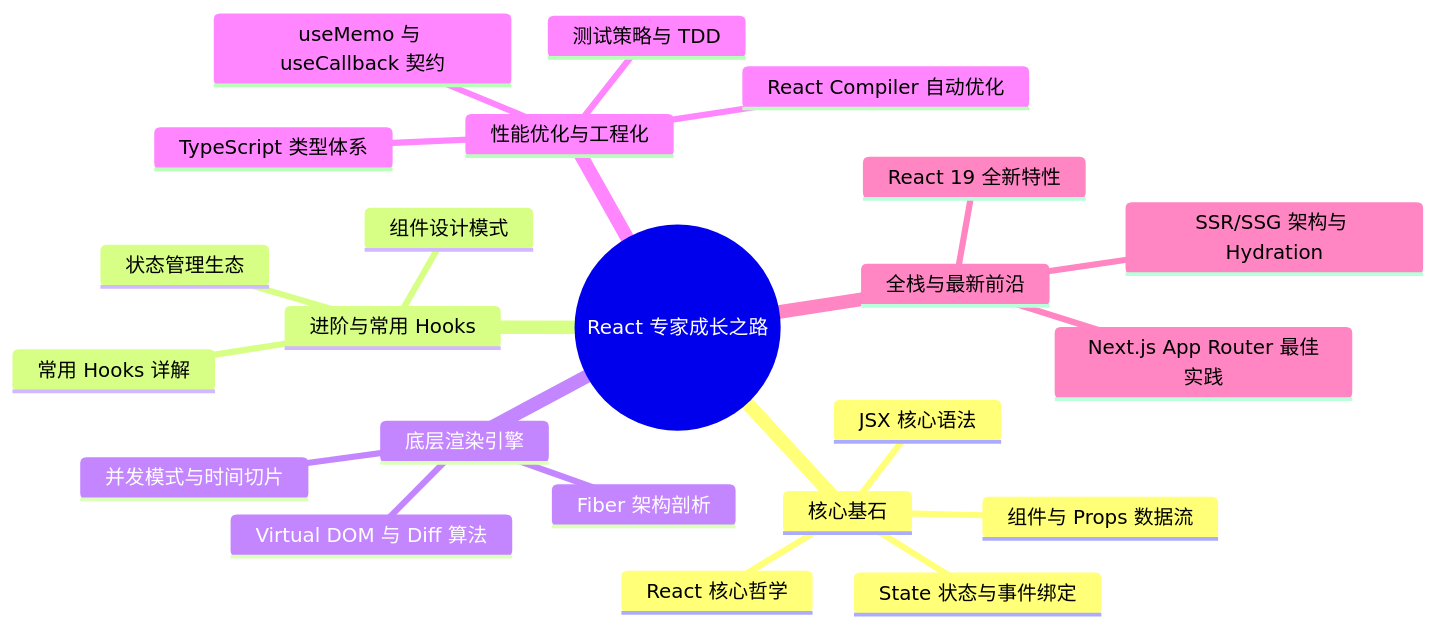
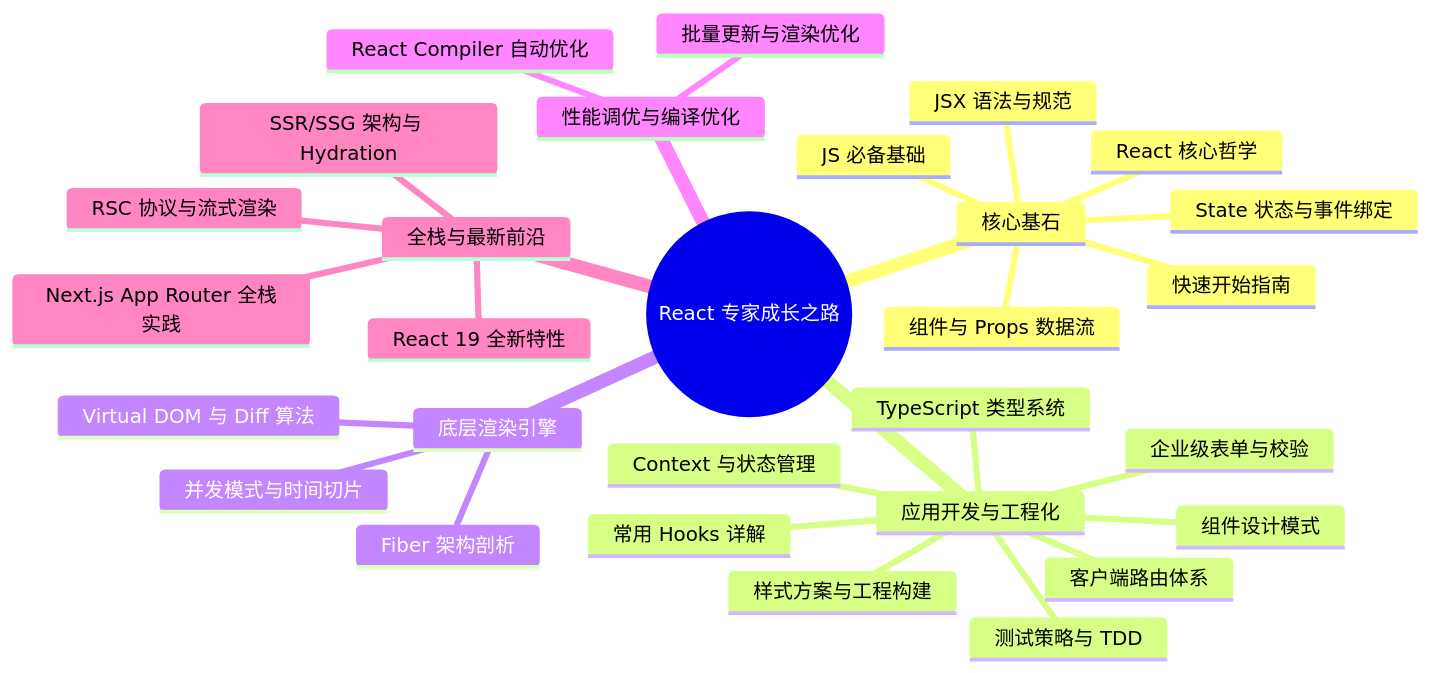
Before and after one commit to Aiden-Coding/AiDocs: the diagram in docs/react/0-readme.md, drawn with Mermaid. The commit also changed other lines of this file and 27 other files, not shown here.

````diff
--- a/docs/react/0-readme.md
+++ b/docs/react/0-readme.md
@@ -17,26 +17,32 @@
 ```mermaid
 mindmap
   root((React 专家成长之路))
     核心基石
+      快速开始指南
       React 核心哲学
-      JSX 核心语法
+      JS 必备基础
+      JSX 语法与规范
       组件与 Props 数据流
       State 状态与事件绑定
-    进阶与常用 Hooks
+    应用开发与工程化
       常用 Hooks 详解
       组件设计模式
-      状态管理生态
+      客户端路由体系
+      Context 与状态管理
+      企业级表单与校验
+      样式方案与工程构建
+      TypeScript 类型系统
+      测试策略与 TDD
     底层渲染引擎
       Fiber 架构剖析
       Virtual DOM 与 Diff 算法
       并发模式与时间切片
-    性能优化与工程化
+    性能调优与编译优化
+      批量更新与渲染优化
       React Compiler 自动优化
-      useMemo 与 useCallback 契约
-      TypeScript 类型体系
-      测试策略与 TDD
     全栈与最新前沿
       SSR/SSG 架构与 Hydration
-      Next.js App Router 最佳实践
+      Next.js App Router 全栈实践
       React 19 全新特性
+      RSC 协议与流式渲染
 ```
````
